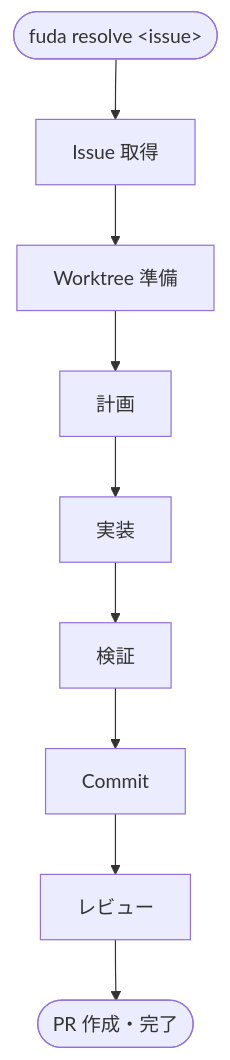
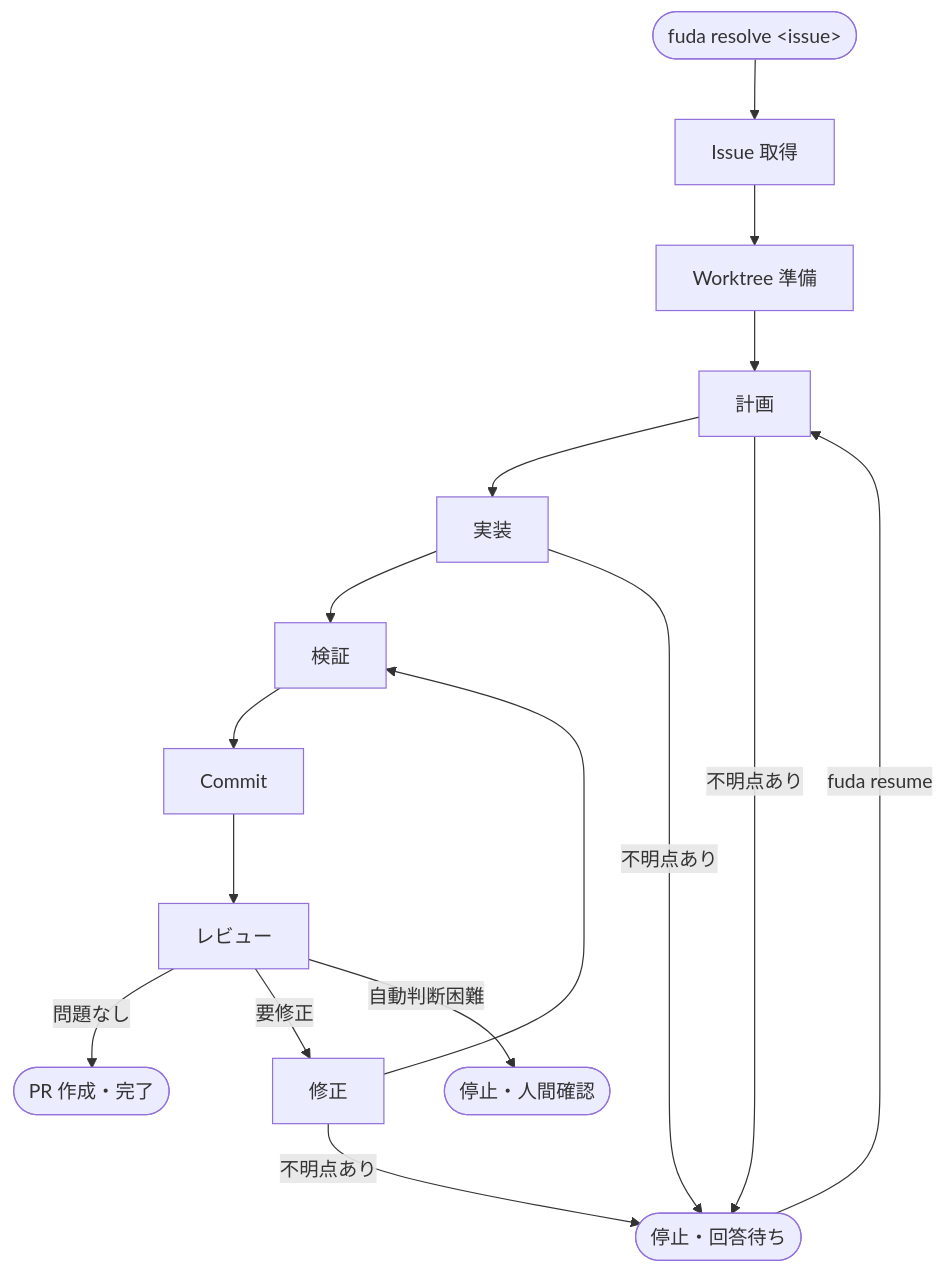
The diagram in docs/usage/run-flow.md (tooppoo/Fuda), drawn with Mermaid before and after one commit. The commit also changed other lines of this file, not shown here.

Commit message:
docs: add branch routes to run-flow diagram and remove internal vocab
Add review loop, blocked-wait, and human-review branches to the
flowchart. Replace 補足 section (which used run_state enum values)
with 主な分岐 using user-facing Japanese terminology.

````diff
--- a/docs/usage/run-flow.md
+++ b/docs/usage/run-flow.md
@@ -7,11 +7,20 @@
 ```mermaid
 flowchart TD
     START([fuda resolve &lt;issue&gt;]) --> A[Issue 取得]
     A --> B[Worktree 準備]
     B --> C[計画]
     C --> D[実装]
     D --> E[検証]
     E --> F[Commit]
     F --> G[レビュー]
-    G --> H([PR 作成・完了])
+
+    G -->|問題なし| H([PR 作成・完了])
+    G -->|要修正| FIX[修正]
+    FIX --> E
+    G -->|自動判断困難| STOP([停止・人間確認])
+
+    C -->|不明点あり| WAIT([停止・回答待ち])
+    D -->|不明点あり| WAIT
+    FIX -->|不明点あり| WAIT
+    WAIT -->|fuda resume| C
 ```
````
